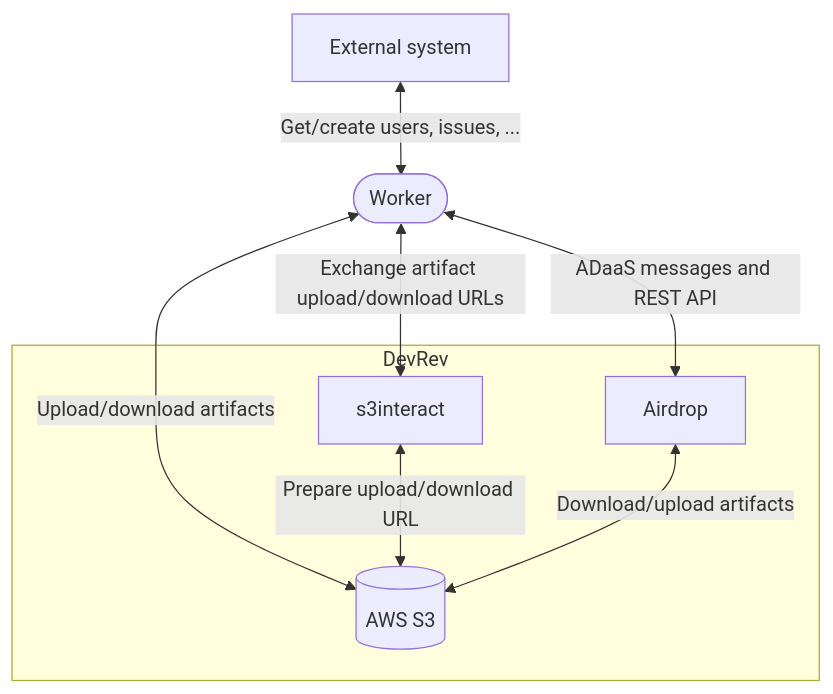
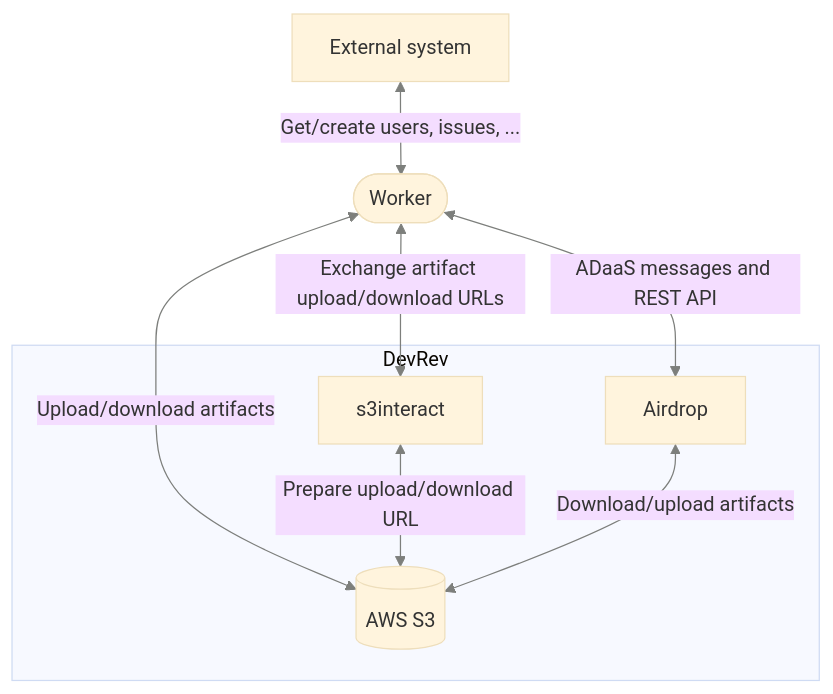
The diagram in fern/docs/pages/adaas/overview.mdx (devrev/fern-api-docs), drawn with Mermaid before and after one commit. The commit also changed 4 other files, not shown here.

````diff
--- a/fern/docs/pages/adaas/overview.mdx
+++ b/fern/docs/pages/adaas/overview.mdx
@@ -10,22 +10,27 @@
 ```mermaid
 flowchart TD
-%%{init: { "fontFamily": "Segoe UI" } }%%
+%%{init: {
+    'theme': 'base',
+    'themeVariables': {
+        'fontFamily': 'Segoe UI',
+        'lineColor': '#7d7f7c'
+}}}%%
 externalSystem[External system]
 worker([Worker])
 s3interact[s3interact]
 airdrop[Airdrop]
 s3[(AWS S3)]
 
 	externalSystem <-- Get/create users, issues, ... --> worker
 	
 	worker <-- Exchange artifact upload/download URLs --> s3interact
 	worker <-- Upload/download artifacts --> s3
 	worker <-- ADaaS messages and REST API --> airdrop
 
 	
 	subgraph DevRev
 	s3interact <-- Prepare upload/download URL --> s3
 	airdrop <-- Download/upload artifacts --> s3
 	end
 
 ```
````
